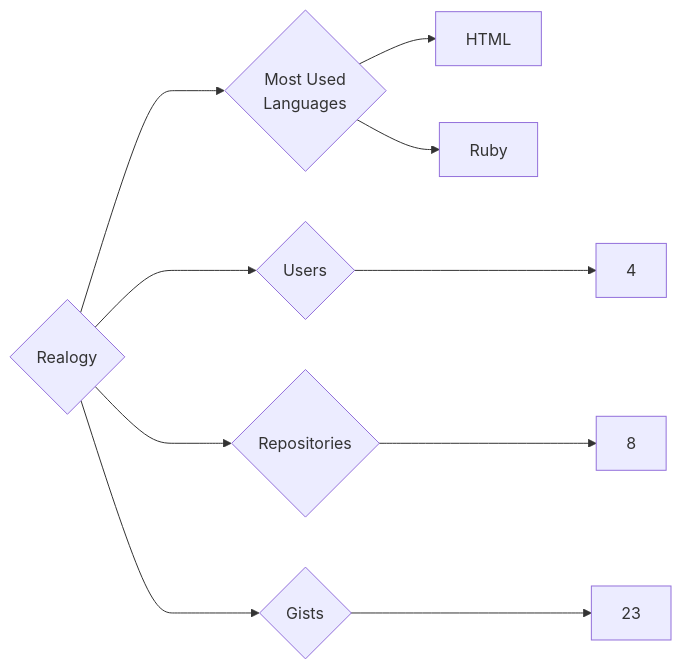
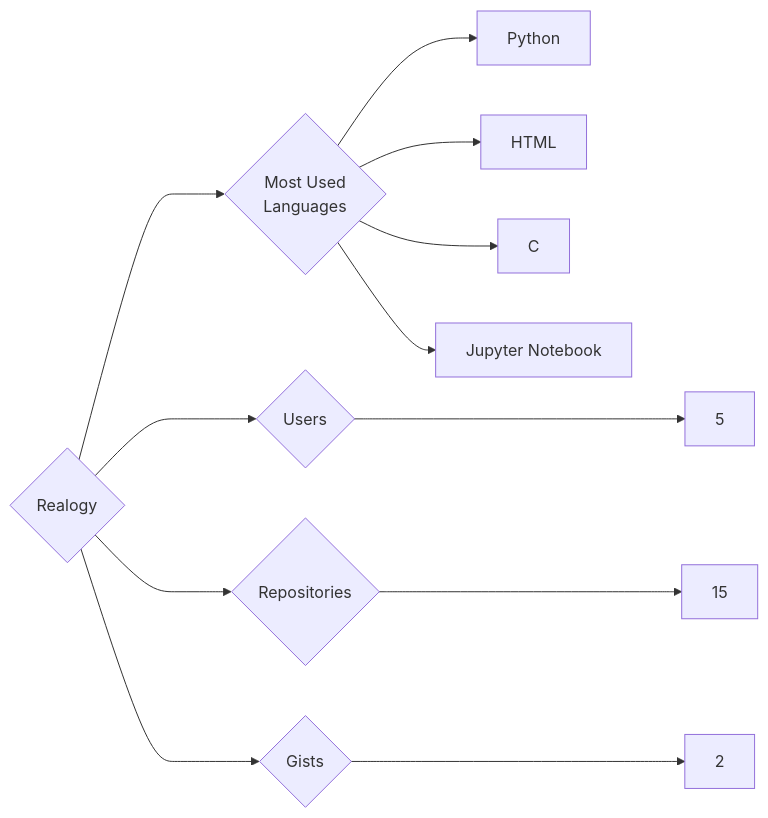
Before and after one commit to trickest/insiders: the diagram in targets/Realogy/README.md, drawn with Mermaid. The commit also changed 964 other files, not shown here.

````diff
--- a/targets/Realogy/README.md
+++ b/targets/Realogy/README.md
@@ -3,10 +3,12 @@
 ```mermaid
 graph LR
 COMPANY_NAME{Realogy}
-COMPANY_NAME ---> U{Users} ---> UN[4]
-COMPANY_NAME ---> R{Repositories} ---> RN[8]
-COMPANY_NAME ---> G{Gists} ---> GN[23]
+COMPANY_NAME ---> U{Users} ---> UN[5]
+COMPANY_NAME ---> R{Repositories} ---> RN[15]
+COMPANY_NAME ---> G{Gists} ---> GN[2]
 COMPANY_NAME ---> ML{Most Used<br>Languages}
+ML --> Python[Python]
 ML --> HTML[HTML]
-ML --> Ruby[Ruby]
+ML --> C[C]
+ML --> Jupyter_Notebook[Jupyter Notebook]
 ```
````
